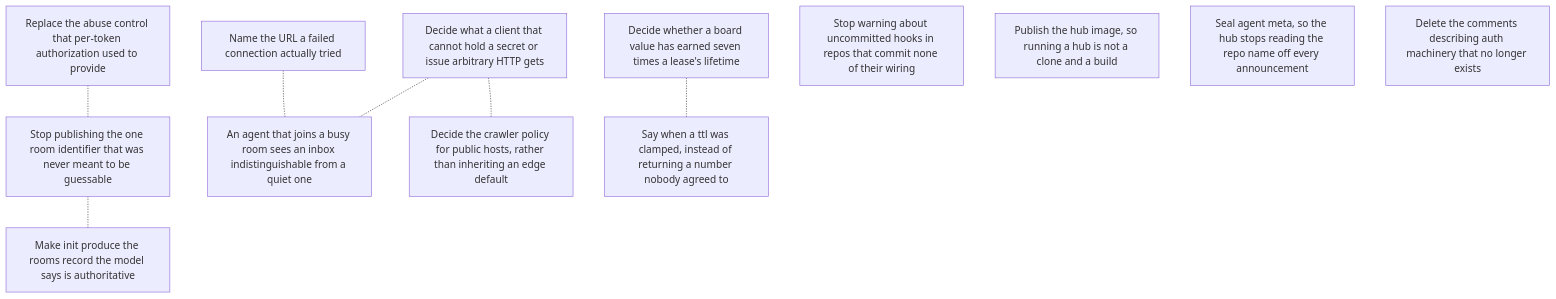
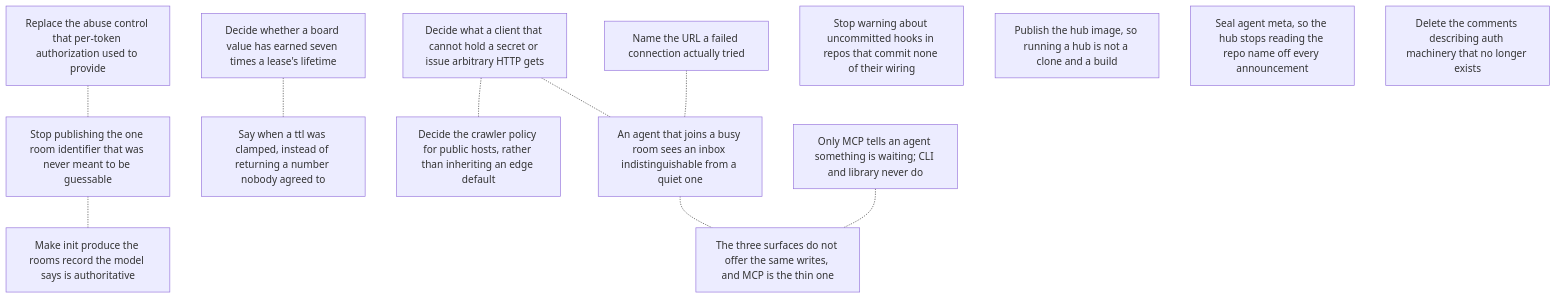
Before and after one commit to gald33/switchboard: the diagram in roadmap/ROADMAP.md, drawn with Mermaid. The commit also changed other lines of this file and 4 other files, not shown here.

First line of the commit message:
Roadmap: surface parity, in both directions

````diff
--- a/roadmap/ROADMAP.md
+++ b/roadmap/ROADMAP.md
@@ -56,22 +62,26 @@
 ```mermaid
 graph TD
   abuse_control_after_authorization["Replace the abuse control that per-token authorization used to provide"]
   board_ttl_ceiling["Decide whether a board value has earned seven times a lease's lifetime"]
   ci_workspace_is_public["Stop publishing the one room identifier that was never meant to be guessable"]
   clients_that_cannot_post["Decide what a client that cannot hold a secret or issue arbitrary HTTP gets"]
   connect_failure_message["Name the URL a failed connection actually tried"]
   hooks_warning_false_positive["Stop warning about uncommitted hooks in repos that commit none of their wiring"]
   init_writes_rooms_file["Make init produce the rooms record the model says is authoritative"]
   joining_agent_sees_empty_inbox["An agent that joins a busy room sees an inbox indistinguishable from a quiet one"]
   publish_hub_container_image["Publish the hub image, so running a hub is not a clone and a build"]
   robots_policy_for_public_hosts["Decide the crawler policy for public hosts, rather than inheriting an edge default"]
   seal_agent_meta["Seal agent meta, so the hub stops reading the repo name off every announcement"]
   stale_resolver_references["Delete the comments describing auth machinery that no longer exists"]
   ttl_clamped_silently["Say when a ttl was clamped, instead of returning a number nobody agreed to"]
+  unread_dms_not_shown_outside_mcp["Only MCP tells an agent something is waiting; CLI and library never do"]
+  write_parity_across_surfaces["The three surfaces do not offer the same writes, and MCP is the thin one"]
   abuse_control_after_authorization -.- ci_workspace_is_public
   board_ttl_ceiling -.- ttl_clamped_silently
   ci_workspace_is_public -.- init_writes_rooms_file
   clients_that_cannot_post -.- joining_agent_sees_empty_inbox
   clients_that_cannot_post -.- robots_policy_for_public_hosts
   connect_failure_message -.- joining_agent_sees_empty_inbox
+  joining_agent_sees_empty_inbox -.- write_parity_across_surfaces
+  unread_dms_not_shown_outside_mcp -.- write_parity_across_surfaces
 ```
````
